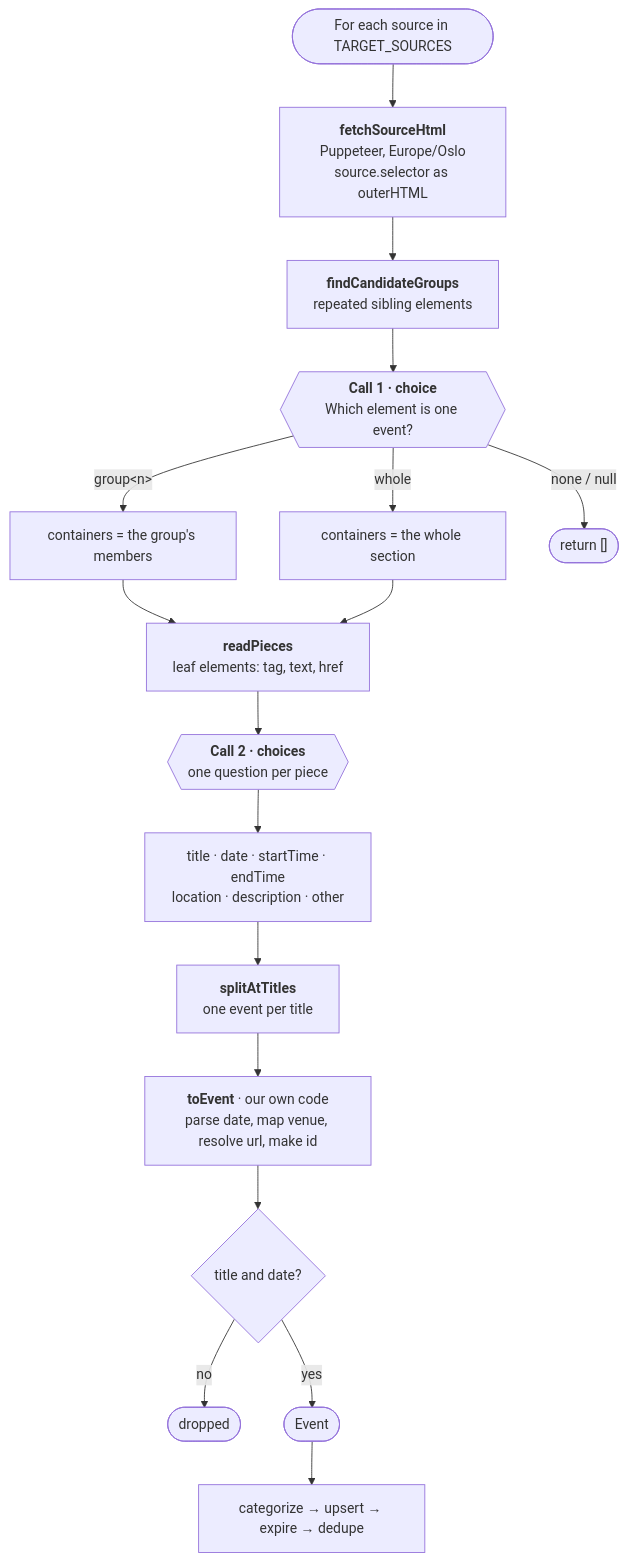
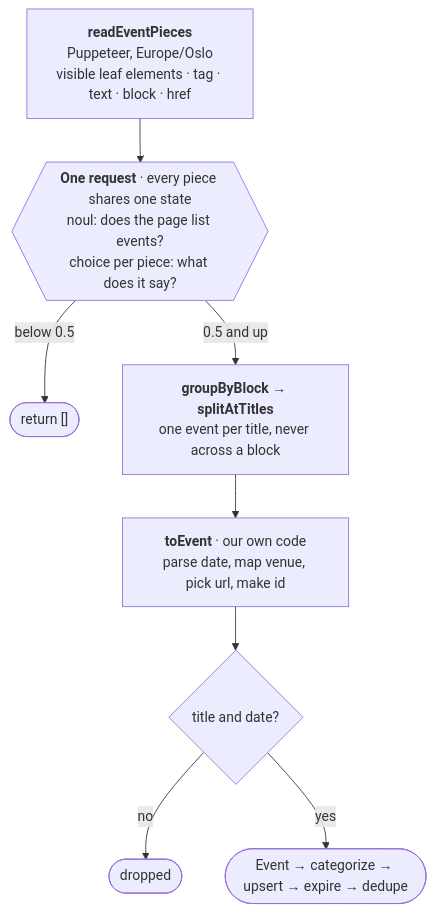
One commit to Monticulos/bro-arr changed the diagram in collector/PUPPETEER.md. Above: the diagram before and after it, drawn with Mermaid. The commit also changed other lines of this file and 11 other files, not shown here.

Commit message:
Read events off the live DOM in one decision request

````diff
--- a/collector/PUPPETEER.md
+++ b/collector/PUPPETEER.md
@@ -9,36 +9,18 @@
 ```mermaid
 flowchart TD
-    Start([For each source in TARGET_SOURCES]) --> Fetch
+    Read["<b>readEventPieces</b><br/>Puppeteer, Europe/Oslo<br/>visible leaf elements · tag · text · block · href"]
+    Read --> Ask
 
-    Fetch["<b>fetchSourceHtml</b><br/>Puppeteer, Europe/Oslo<br/>source.selector as outerHTML"]
-    Fetch --> Groups
+    Ask{{"<b>One request</b> · every piece shares one state<br/>noul: does the page list events?<br/>choice per piece: what does it say?"}}
+    Ask -->|"below 0.5"| Nothing(["return []"])
+    Ask -->|"0.5 and up"| Split
 
-    Groups["<b>findCandidateGroups</b><br/>repeated sibling elements"]
-    Groups --> Choice
-
-    Choice{{"<b>Call 1 · choice</b><br/>Which element is one event?"}}
-    Choice -->|"group&lt;n&gt;"| Containers["containers = the group's members"]
-    Choice -->|whole| Whole["containers = the whole section"]
-    Choice -->|"none / null"| Nothing(["return []"])
-
-    Containers --> Pieces
-    Whole --> Pieces
-
-    Pieces["<b>readPieces</b><br/>leaf elements: tag, text, href"]
-    Pieces --> Label
-
-    Label{{"<b>Call 2 · choices</b><br/>one question per piece"}}
-    Label --> Fields["title · date · startTime · endTime<br/>location · description · other"]
-    Fields --> Split
-
-    Split["<b>splitAtTitles</b><br/>one event per title"]
+    Split["<b>groupByBlock → splitAtTitles</b><br/>one event per title, never across a block"]
     Split --> Build
 
-    Build["<b>toEvent</b> · our own code<br/>parse date, map venue, resolve url, make id"]
+    Build["<b>toEvent</b> · our own code<br/>parse date, map venue, pick url, make id"]
     Build --> Keep{"title and date?"}
 
     Keep -->|no| Drop(["dropped"])
-    Keep -->|yes| Event(["Event"])
-
-    Event --> Rest["categorize → upsert → expire → dedupe"]
+    Keep -->|yes| Done(["Event → categorize → upsert → expire → dedupe"])
 ```
````
